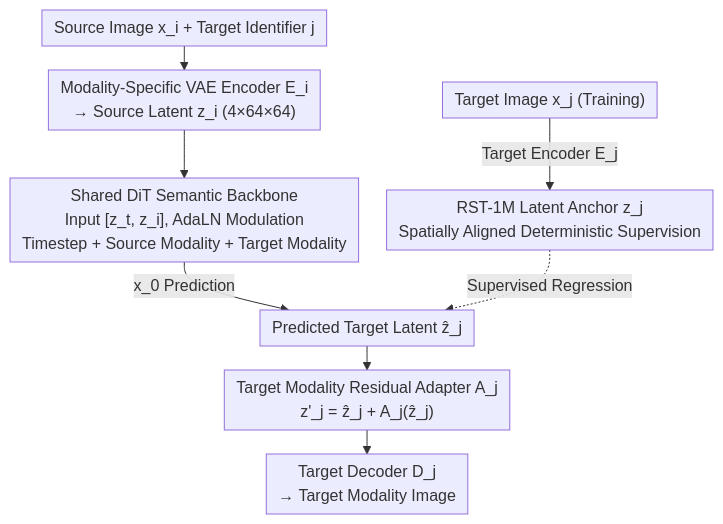
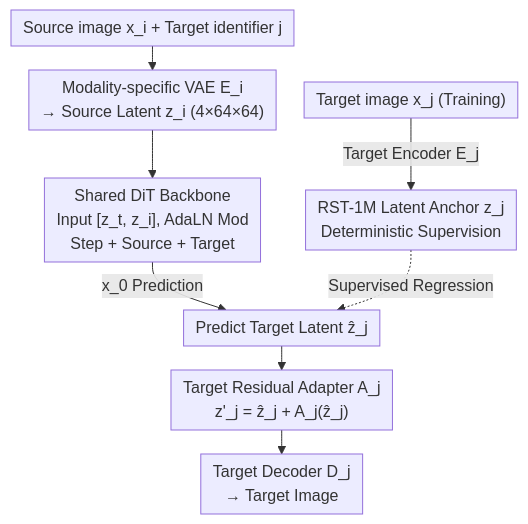
One commit to zhaoyang97/Paper-Notes-en changed the diagram in docs/ICML2026/remote_sensing/any2any_unified_arbitrary_modality_translation_for_remote_sensing.md. Above: the diagram before and after it, drawn with Mermaid. The commit also changed other lines of this file and 5084 other files, not shown here.

````diff
--- a/docs/ICML2026/remote_sensing/any2any_unified_arbitrary_modality_translation_for_remote_sensing.md
+++ b/docs/ICML2026/remote_sensing/any2any_unified_arbitrary_modality_translation_for_remote_sensing.md
@@ -45,12 +45,12 @@
 ```mermaid
 %%{init: {'flowchart': {'rankSpacing': 24, 'nodeSpacing': 28, 'padding': 6, 'wrappingWidth': 400}}}%%
 flowchart TD
-    A["Source Image x_i + Target Identifier j"]
-    A --> B["Modality-Specific VAE Encoder E_i<br/>→ Source Latent z_i (4×64×64)"]
-    A2["Target Image x_j (Training)"] -->|Target Encoder E_j| C["RST-1M Latent Anchor z_j<br/>Spatially Aligned Deterministic Supervision"]
-    B --> D["Shared DiT Semantic Backbone<br/>Input [z_t, z_i], AdaLN Modulation<br/>Timestep + Source Modality + Target Modality"]
-    D -->|x_0 Prediction| E["Predicted Target Latent ẑ_j"]
+    A["Source image x_i + Target identifier j"]
+    A --> B["Modality-specific VAE E_i<br/>→ Source Latent z_i (4×64×64)"]
+    A2["Target image x_j (Training)"] -->|Target Encoder E_j| C["RST-1M Latent Anchor z_j<br/>Deterministic Supervision"]
+    B --> D["Shared DiT Backbone<br/>Input [z_t, z_i], AdaLN Mod<br/>Step + Source + Target"]
+    D -->|x_0 Prediction| E["Predict Target Latent ẑ_j"]
     C -.Supervised Regression.-> E
-    E --> F["Target Modality Residual Adapter A_j<br/>z'_j = ẑ_j + A_j(ẑ_j)"]
-    F --> G["Target Decoder D_j<br/>→ Target Modality Image"]
+    E --> F["Target Residual Adapter A_j<br/>z'_j = ẑ_j + A_j(ẑ_j)"]
+    F --> G["Target Decoder D_j<br/>→ Target Image"]
 ```
````
